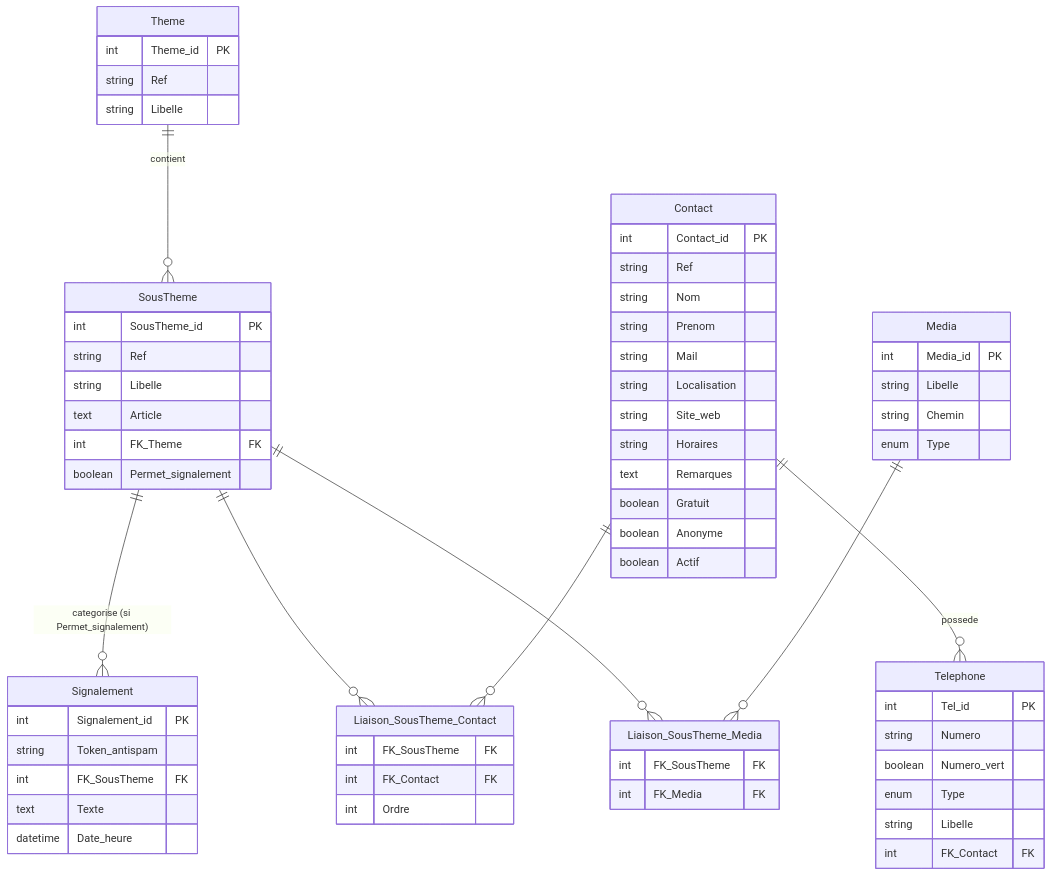
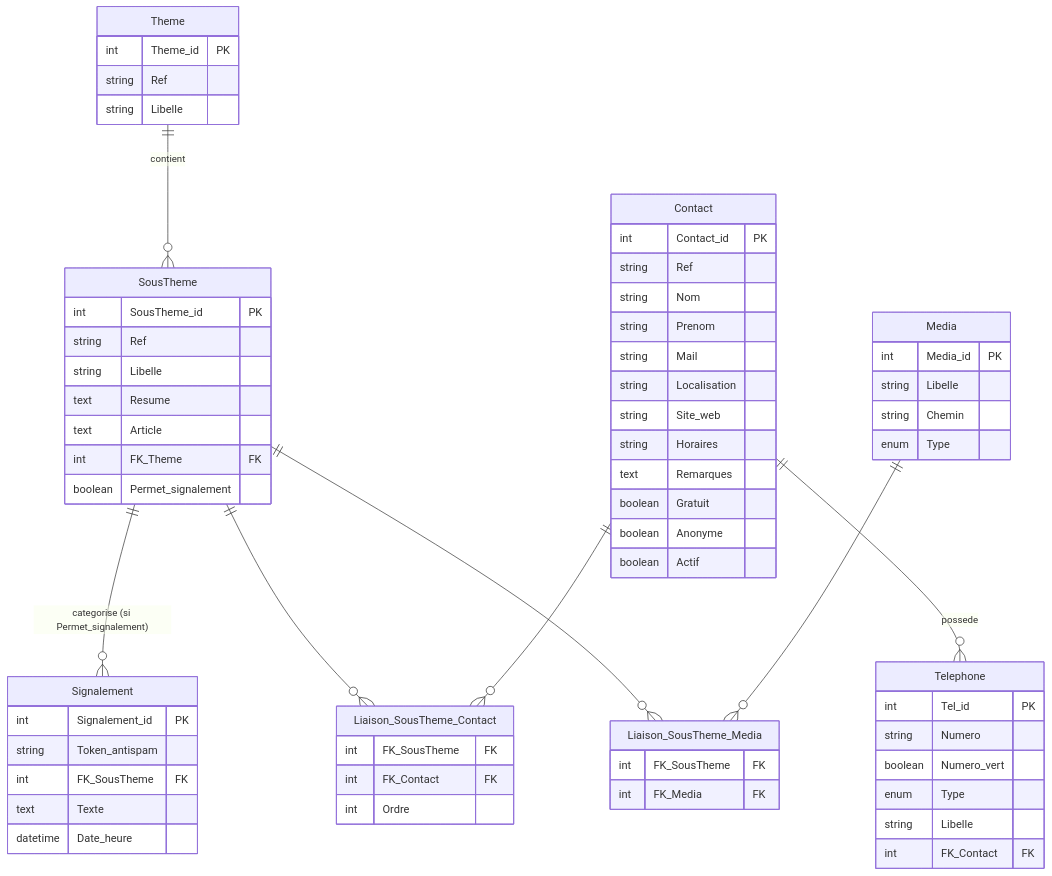
The second of 4 diagrams in docs/schema_bd.md (S-T-L/Safe-Campus-back), drawn with Mermaid before and after one commit. The commit also changed other lines of this file and 5 other files, not shown here.

Commit message:
feat(sous-theme): separation resume/article pour l accueil et le detail. - colonne resume (teaser accueil) distincte d article (contenu detaille) - SousThemeSummaryResource expose resume, jamais article ; SousThemeResource l inverse - maj docs/schema_bd.md et factories/tests

````diff
--- a/docs/schema_bd.md
+++ b/docs/schema_bd.md
@@ -109,75 +109,76 @@
 ```mermaid
 erDiagram
     Theme {
         int    Theme_id PK
         string Ref
         string Libelle
     }
 
     SousTheme {
         int     SousTheme_id       PK
         string  Ref
         string  Libelle
+        text    Resume
         text    Article
         int     FK_Theme           FK
         boolean Permet_signalement
     }
 
     Contact {
         int     Contact_id   PK
         string  Ref
         string  Nom
         string  Prenom
         string  Mail
         string  Localisation
         string  Site_web
         string  Horaires
         text    Remarques
         boolean Gratuit
         boolean Anonyme
         boolean Actif
     }
 
     Telephone {
         int     Tel_id      PK
         string  Numero
         boolean Numero_vert
         enum    Type
         string  Libelle
         int     FK_Contact  FK
     }
 
     Media {
         int    Media_id PK
         string Libelle
         string Chemin
         enum   Type
     }
 
     Signalement {
         int      Signalement_id PK
         string   Token_antispam
         int      FK_SousTheme   FK
         text     Texte
         datetime Date_heure
     }
 
     Liaison_SousTheme_Contact {
         int FK_SousTheme FK
         int FK_Contact   FK
         int Ordre
     }
 
     Liaison_SousTheme_Media {
         int FK_SousTheme FK
         int FK_Media     FK
     }
 
     Theme     ||--o{ SousTheme                 : "contient"
     SousTheme ||--o{ Signalement               : "categorise (si Permet_signalement)"
     SousTheme ||--o{ Liaison_SousTheme_Contact : ""
     Contact   ||--o{ Liaison_SousTheme_Contact : ""
     Contact   ||--o{ Telephone                 : "possede"
     SousTheme ||--o{ Liaison_SousTheme_Media   : ""
     Media     ||--o{ Liaison_SousTheme_Media   : ""
 ```
````
